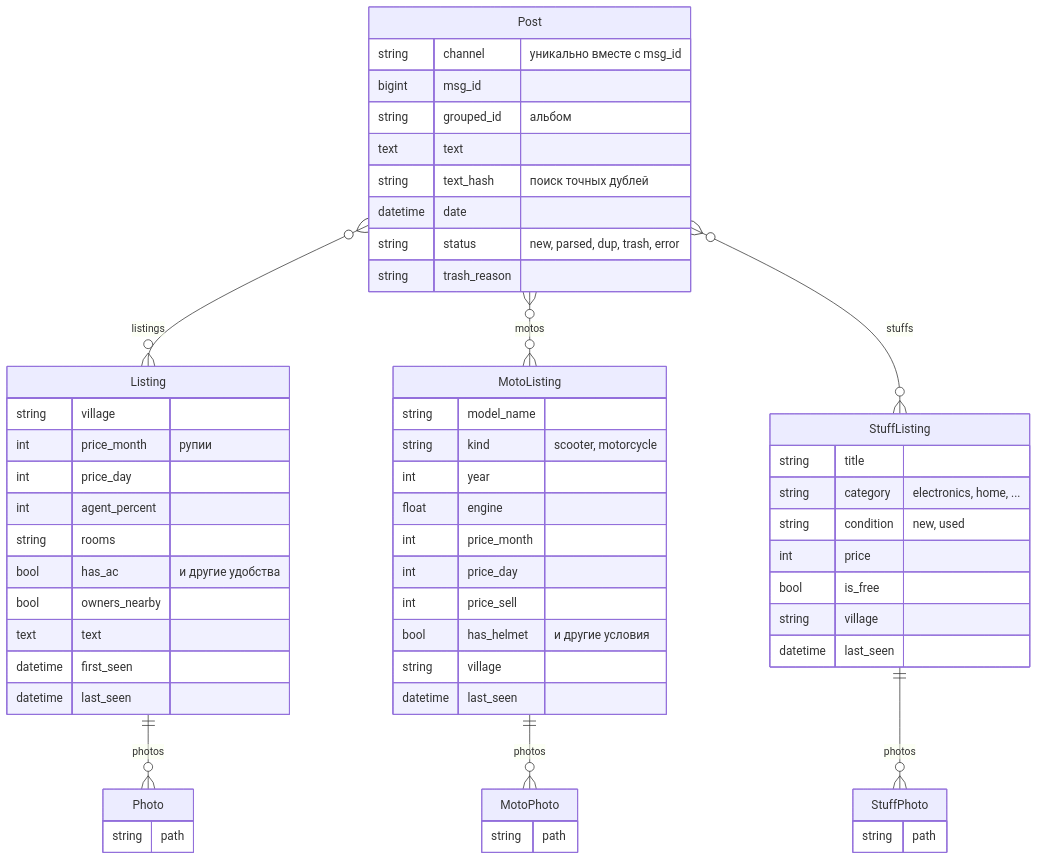
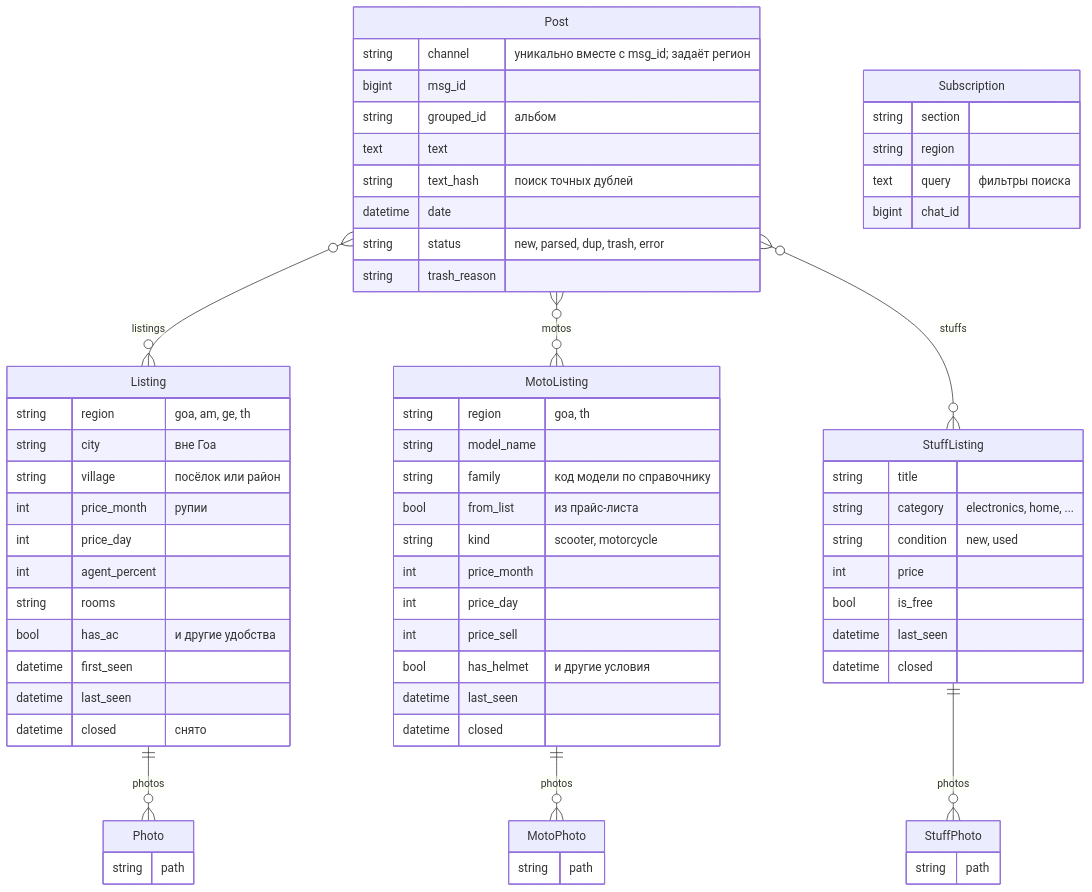
One commit to Demitrofan/Goads changed the second of 2 diagrams in README.md. Above: the diagram before and after it, drawn with Mermaid. The commit also changed other lines of this file and 14 other files, not shown here.

````diff
--- a/README.md
+++ b/README.md
@@ -79,62 +116,70 @@
 ```mermaid
 erDiagram
     Post }o--o{ Listing : "listings"
     Post }o--o{ MotoListing : "motos"
     Post }o--o{ StuffListing : "stuffs"
     Listing ||--o{ Photo : "photos"
     MotoListing ||--o{ MotoPhoto : "photos"
     StuffListing ||--o{ StuffPhoto : "photos"
 
     Post {
-        string channel "уникально вместе с msg_id"
+        string channel "уникально вместе с msg_id; задаёт регион"
         bigint msg_id
         string grouped_id "альбом"
         text text
         string text_hash "поиск точных дублей"
         datetime date
         string status "new, parsed, dup, trash, error"
         string trash_reason
     }
     Listing {
-        string village
+        string region "goa, am, ge, th"
+        string city "вне Гоа"
+        string village "посёлок или район"
         int price_month "рупии"
         int price_day
         int agent_percent
         string rooms
         bool has_ac "и другие удобства"
-        bool owners_nearby
-        text text
         datetime first_seen
         datetime last_seen
+        datetime closed "снято"
     }
     MotoListing {
+        string region "goa, th"
         string model_name
+        string family "код модели по справочнику"
+        bool from_list "из прайс-листа"
         string kind "scooter, motorcycle"
-        int year
-        float engine
         int price_month
         int price_day
         int price_sell
         bool has_helmet "и другие условия"
-        string village
         datetime last_seen
+        datetime closed
     }
     StuffListing {
         string title
         string category "electronics, home, ..."
         string condition "new, used"
         int price
         bool is_free
-        string village
         datetime last_seen
+        datetime closed
+    }
+    Subscription {
+        string section
+        string region
+        text query "фильтры поиска"
+        bigint chat_id
     }
     Photo {
         string path
     }
     MotoPhoto {
         string path
     }
     StuffPhoto {
         string path
     }
 ```
````
